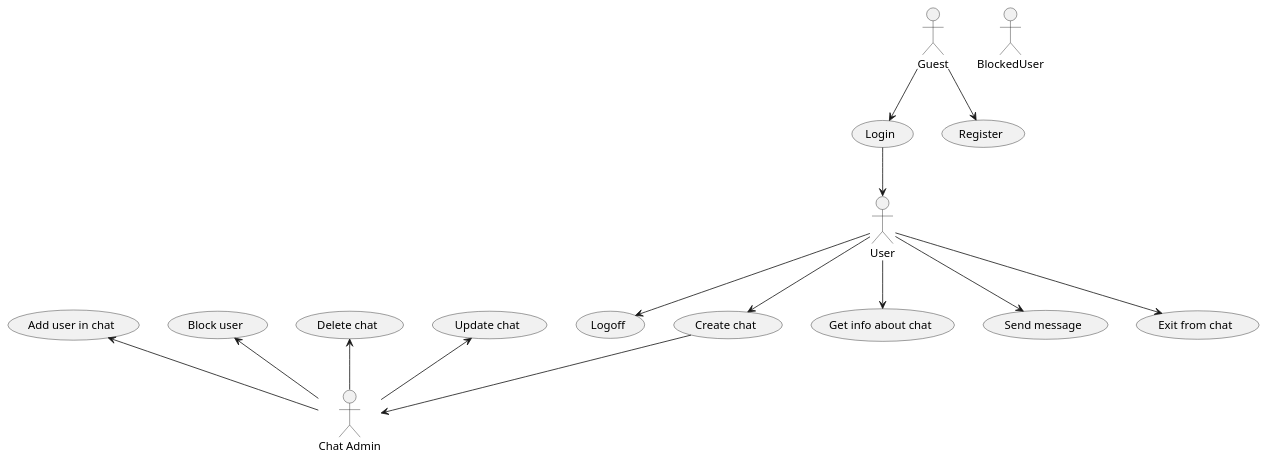
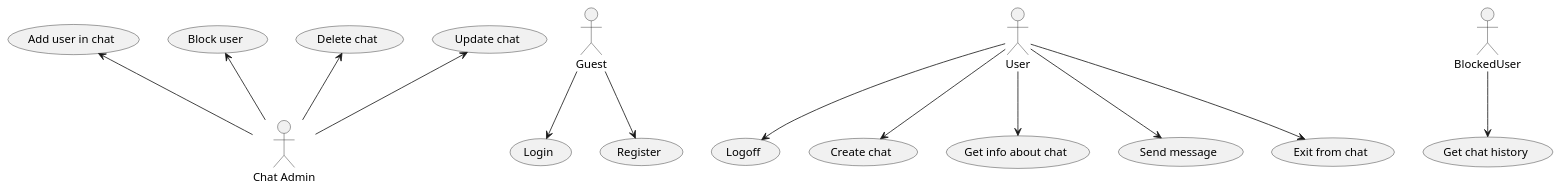
Before and after one commit to RewCrew/pet_project_simple_chat: the diagram in project_for_evraz/user_actions.puml, drawn with PlantUML.

Commit message:
updated UML

```diff
--- a/project_for_evraz/user_actions.puml
+++ b/project_for_evraz/user_actions.puml
@@ -1,44 +1,41 @@
 @startuml
 :Guest: as guest
 :User: as user
 :BlockedUser: as blocked_user
 :Chat Admin: as admin
 
 
 
 (Login) as login
 (Register) as register
 (Logoff) as logoff
 (Create chat) as cchat
 (Update chat) as uchat
 (Delete chat) as dchat
 (Block user) as buser
 (Add user in chat) as auser
 (Get info about chat) as info
 (Send message) as send_message
 (Exit from chat) as exit
-
+(Get chat history) as history
 
 
 guest-->login
-login --> user
 guest-->register
-cchat --> admin
+
+blocked_user-->history
 
 user -d-> logoff
 user -d-> cchat
 user -d-> info
 user -d-> send_message
 user -d-> exit
-'user -d->
-'user -d->
 
 
 admin -u-> uchat
 admin -u-> dchat
 admin -u-> buser
 admin -u-> auser
-'admin -u->
-'admin -u->
+
 
 @enduml
```
